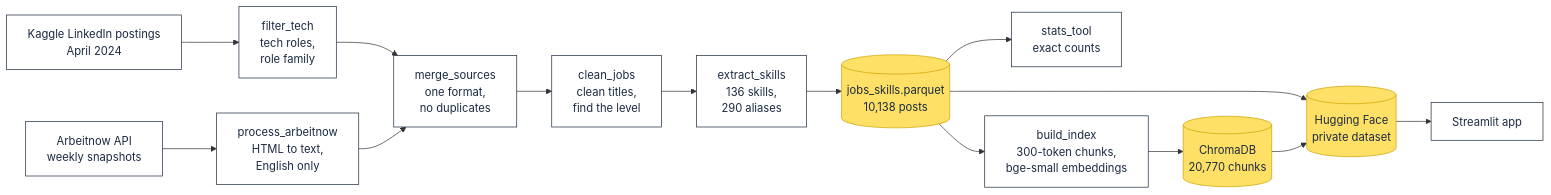
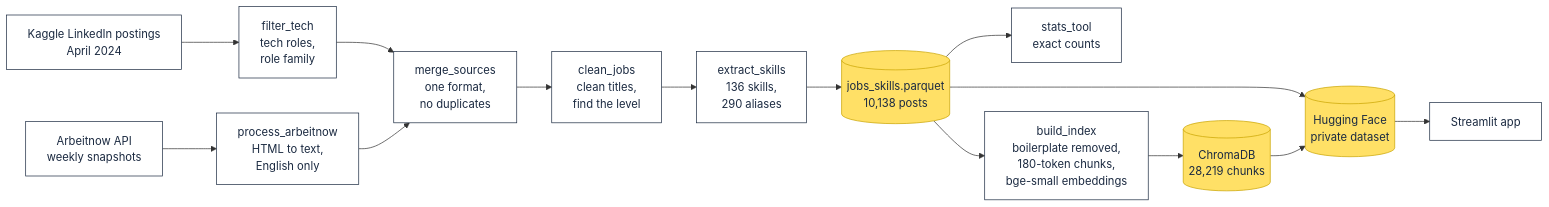
The third of 3 diagrams in README.md (Amr-Ebrahim/career-roadmap), drawn with Mermaid before and after one commit. The commit also changed other lines of this file, not shown here.

````diff
--- a/README.md
+++ b/README.md
@@ -162,20 +162,20 @@
 ```mermaid
 flowchart LR
     K[Kaggle LinkedIn postings<br/>April 2024] --> F[filter_tech<br/>tech roles,<br/>role family]
     A[Arbeitnow API<br/>weekly snapshots] --> PA[process_arbeitnow<br/>HTML to text,<br/>English only]
     F --> M[merge_sources<br/>one format,<br/>no duplicates]
     PA --> M
     M --> CL[clean_jobs<br/>clean titles,<br/>find the level]
     CL --> X[extract_skills<br/>136 skills,<br/>290 aliases]
     X --> J[(jobs_skills.parquet<br/>10,138 posts)]
     J --> ST[stats_tool<br/>exact counts]
-    J --> B[build_index<br/>300-token chunks,<br/>bge-small embeddings]
-    B --> CH[(ChromaDB<br/>20,770 chunks)]
+    J --> B[build_index<br/>boilerplate removed,<br/>180-token chunks,<br/>bge-small embeddings]
+    B --> CH[(ChromaDB<br/>28,219 chunks)]
     J --> HF[(Hugging Face<br/>private dataset)]
     CH --> HF
     HF --> APP[Streamlit app]
 
     classDef default fill:#FFFFFF,stroke:#1B2A41,color:#1B2A41
     classDef store fill:#FFE066,stroke:#C9A400,color:#1B2A41
     class J,CH,HF store
 ```
````
